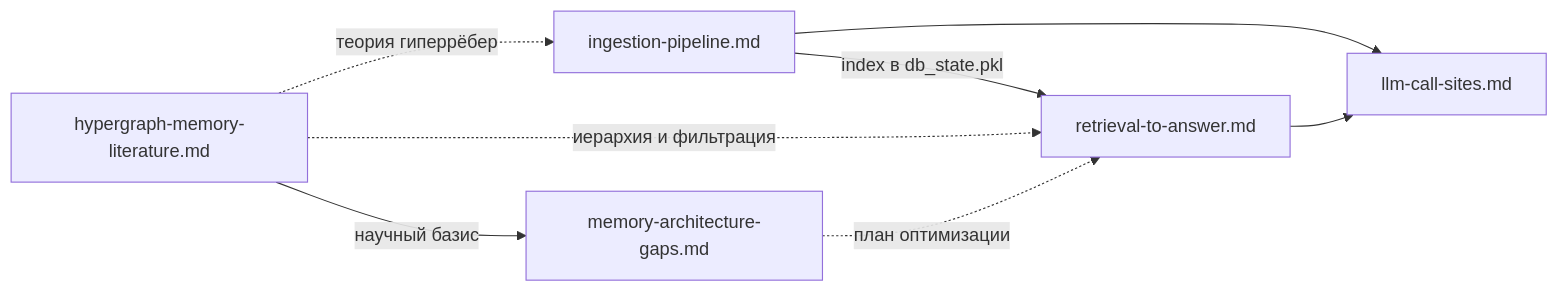
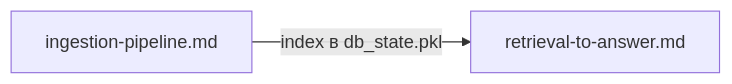
Before and after one commit to 0himera/HSME: the diagram in documentation/pipelines/README.md, drawn with Mermaid. The commit also changed other lines of this file and 30 other files, not shown here.

````diff
--- a/documentation/pipelines/README.md
+++ b/documentation/pipelines/README.md
@@ -15,10 +12,4 @@
 ```mermaid
 flowchart LR
     Ingestion[ingestion-pipeline.md] -->|"index в db_state.pkl"| Retrieval[retrieval-to-answer.md]
-    Ingestion --> LLM[llm-call-sites.md]
-    Retrieval --> LLM
-    Lit[hypergraph-memory-literature.md] -.->|"теория гиперрёбер"| Ingestion
-    Lit -.->|"иерархия и фильтрация"| Retrieval
-    Lit -->|"научный базис"| Gaps[memory-architecture-gaps.md]
-    Gaps -.->|"план оптимизации"| Retrieval
 ```
````
